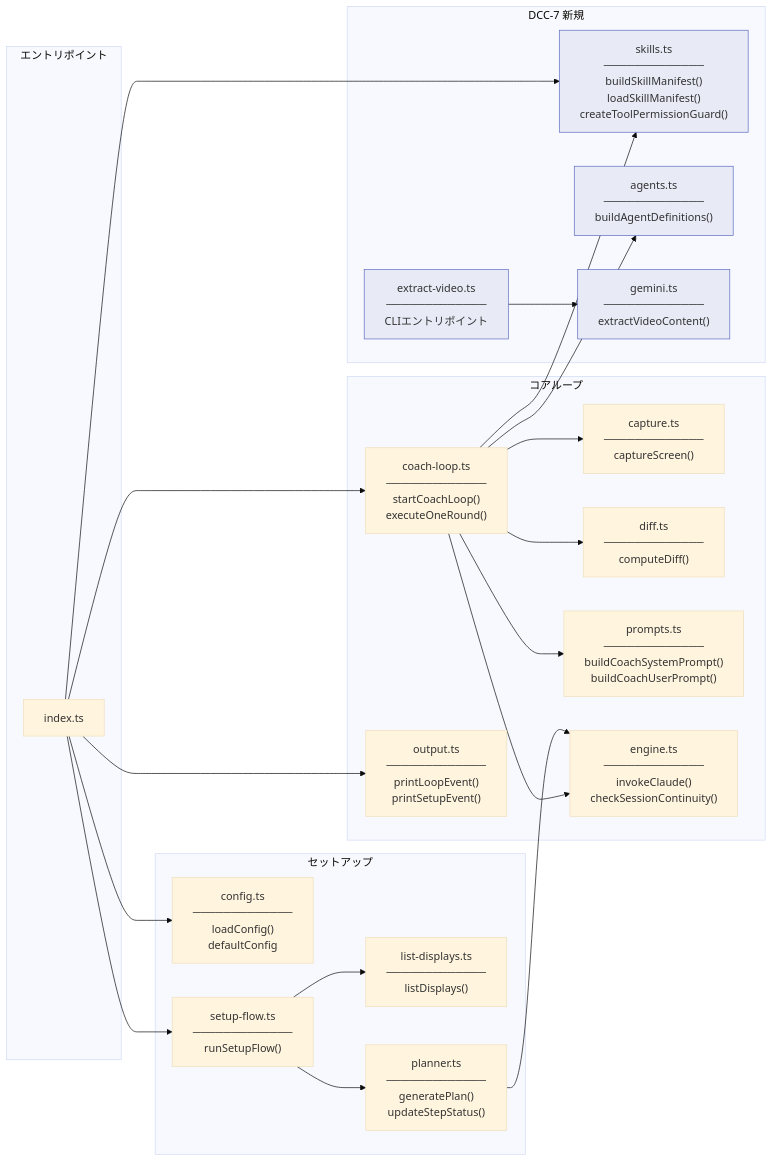
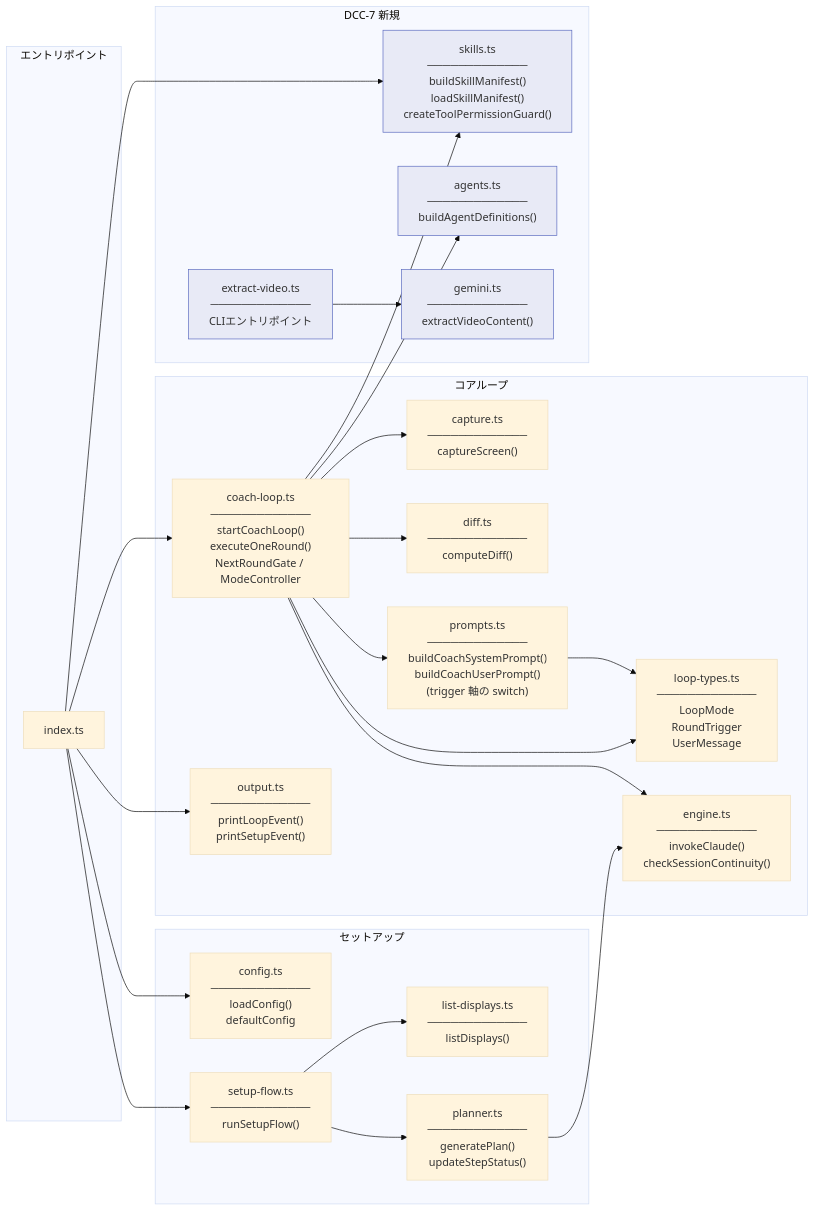
One commit to yukaorange/dcc_suport changed the second of 30 diagrams in docs/architecture.md. Above: the diagram before and after it, drawn with Mermaid (base theme). The commit also changed other lines of this file and 1 other file, not shown here.

Commit message:
chore(docs): アーキテクチャ図とクライアント用リーディングガイドの更新

````diff
--- a/docs/architecture.md
+++ b/docs/architecture.md
@@ -62,50 +53,53 @@
 ```mermaid
 flowchart LR
     subgraph entry ["エントリポイント"]
         index["index.ts"]
     end
 
     subgraph setup ["セットアップ"]
         config["config.ts<br>─────────────<br>loadConfig()<br>defaultConfig"]
         setupFlow["setup-flow.ts<br>─────────────<br>runSetupFlow()"]
         listDisp["list-displays.ts<br>─────────────<br>listDisplays()"]
         planner["planner.ts<br>─────────────<br>generatePlan()<br>updateStepStatus()"]
     end
 
     subgraph core ["コアループ"]
-        coachLoop["coach-loop.ts<br>─────────────<br>startCoachLoop()<br>executeOneRound()"]
+        coachLoop["coach-loop.ts<br>─────────────<br>startCoachLoop()<br>executeOneRound()<br>NextRoundGate / ModeController"]
+        loopTypes["loop-types.ts<br>─────────────<br>LoopMode<br>RoundTrigger<br>UserMessage"]
         capture["capture.ts<br>─────────────<br>captureScreen()"]
         diff["diff.ts<br>─────────────<br>computeDiff()"]
-        prompts["prompts.ts<br>─────────────<br>buildCoachSystemPrompt()<br>buildCoachUserPrompt()"]
+        prompts["prompts.ts<br>─────────────<br>buildCoachSystemPrompt()<br>buildCoachUserPrompt()<br>(trigger 軸の switch)"]
         engine["engine.ts<br>─────────────<br>invokeClaude()<br>checkSessionContinuity()"]
         output["output.ts<br>─────────────<br>printLoopEvent()<br>printSetupEvent()"]
     end
 
     subgraph dcc7 ["DCC-7 新規"]
         skills["skills.ts<br>─────────────<br>buildSkillManifest()<br>loadSkillManifest()<br>createToolPermissionGuard()"]:::new
         agents["agents.ts<br>─────────────<br>buildAgentDefinitions()"]:::new
         gemini["gemini.ts<br>─────────────<br>extractVideoContent()"]:::new
         extractVideo["extract-video.ts<br>─────────────<br>CLIエントリポイント"]:::new
     end
 
     index --> config
     index --> setupFlow
     index --> coachLoop
     index --> output
     index --> skills
 
     setupFlow --> listDisp
     setupFlow --> planner
     planner --> engine
 
+    coachLoop --> loopTypes
+    prompts --> loopTypes
     coachLoop --> capture
     coachLoop --> diff
     coachLoop --> prompts
     coachLoop --> engine
     coachLoop --> agents
     coachLoop --> skills
 
     extractVideo --> gemini
 
     classDef new fill:#e8eaf6,stroke:#5c6bc0
 ```
````
